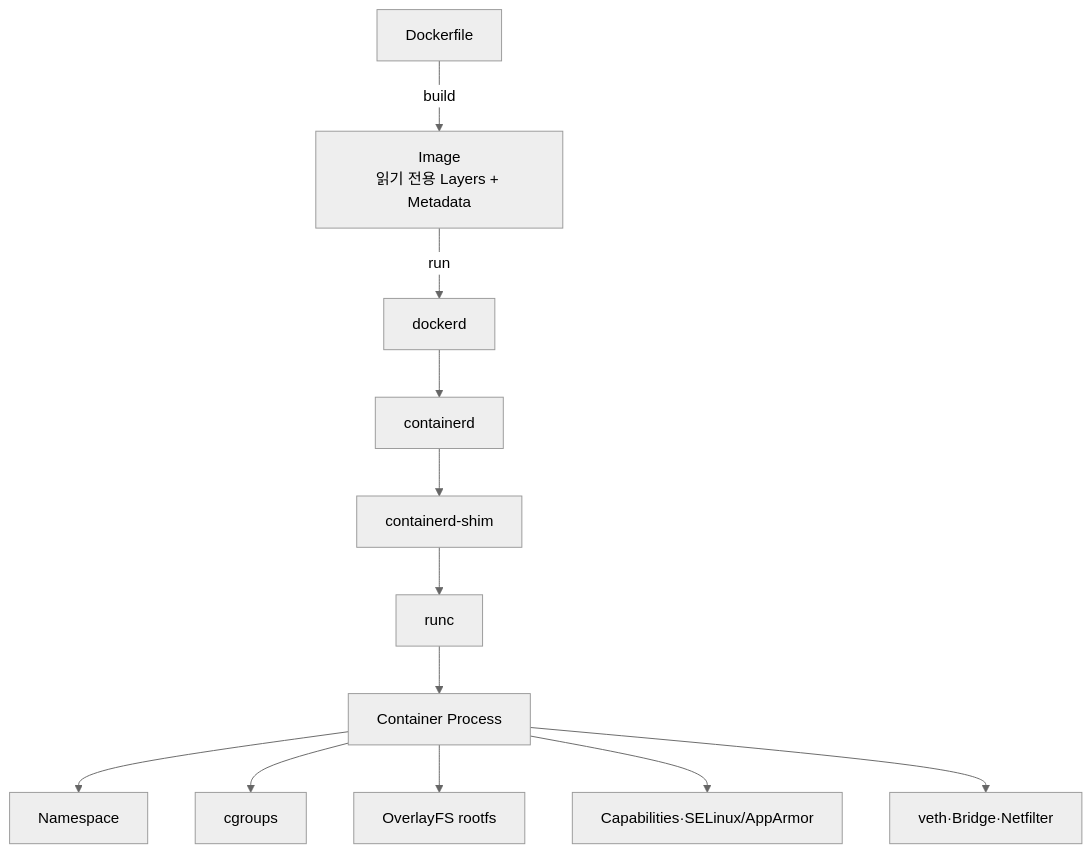
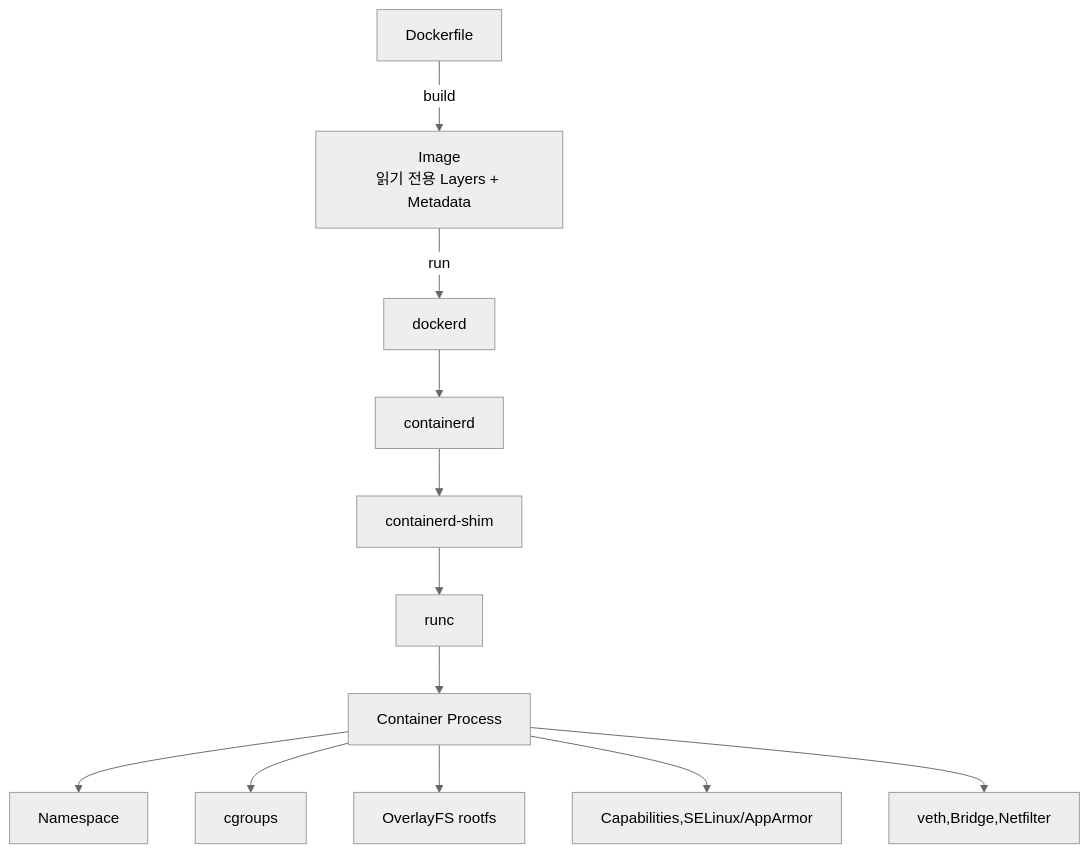
The seventh of 7 diagrams in _posts/CI-CD-Docker/Docker/2026-08-17-docker-09-container-networking.md (minnong511/minnong511.github.io), drawn with Mermaid (neutral theme) before and after one commit. The commit also changed other lines of this file and 8 other files, not shown here.

````diff
--- a/_posts/CI-CD-Docker/Docker/2026-08-17-docker-09-container-networking.md
+++ b/_posts/CI-CD-Docker/Docker/2026-08-17-docker-09-container-networking.md
@@ -251,14 +251,14 @@
 ```mermaid
 flowchart TD
     DF["Dockerfile"] -->|build| IMG["Image<br/>읽기 전용 Layers + Metadata"]
     IMG -->|run| D["dockerd"]
     D --> CTD["containerd"]
     CTD --> SHIM["containerd-shim"]
     SHIM --> R["runc"]
     R --> P["Container Process"]
     P --> NS["Namespace"]
     P --> CG["cgroups"]
     P --> FS["OverlayFS rootfs"]
-    P --> SEC["Capabilities·SELinux/AppArmor"]
-    P --> NET["veth·Bridge·Netfilter"]
+    P --> SEC["Capabilities,SELinux/AppArmor"]
+    P --> NET["veth,Bridge,Netfilter"]
 ```
````
